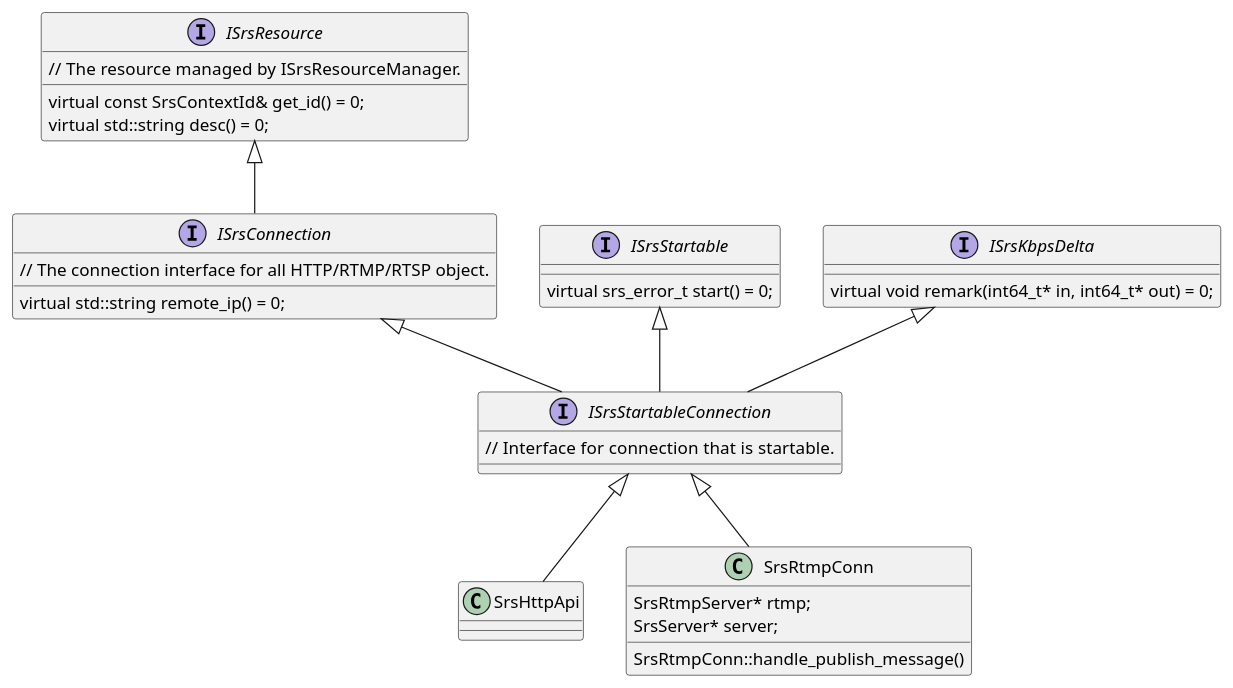
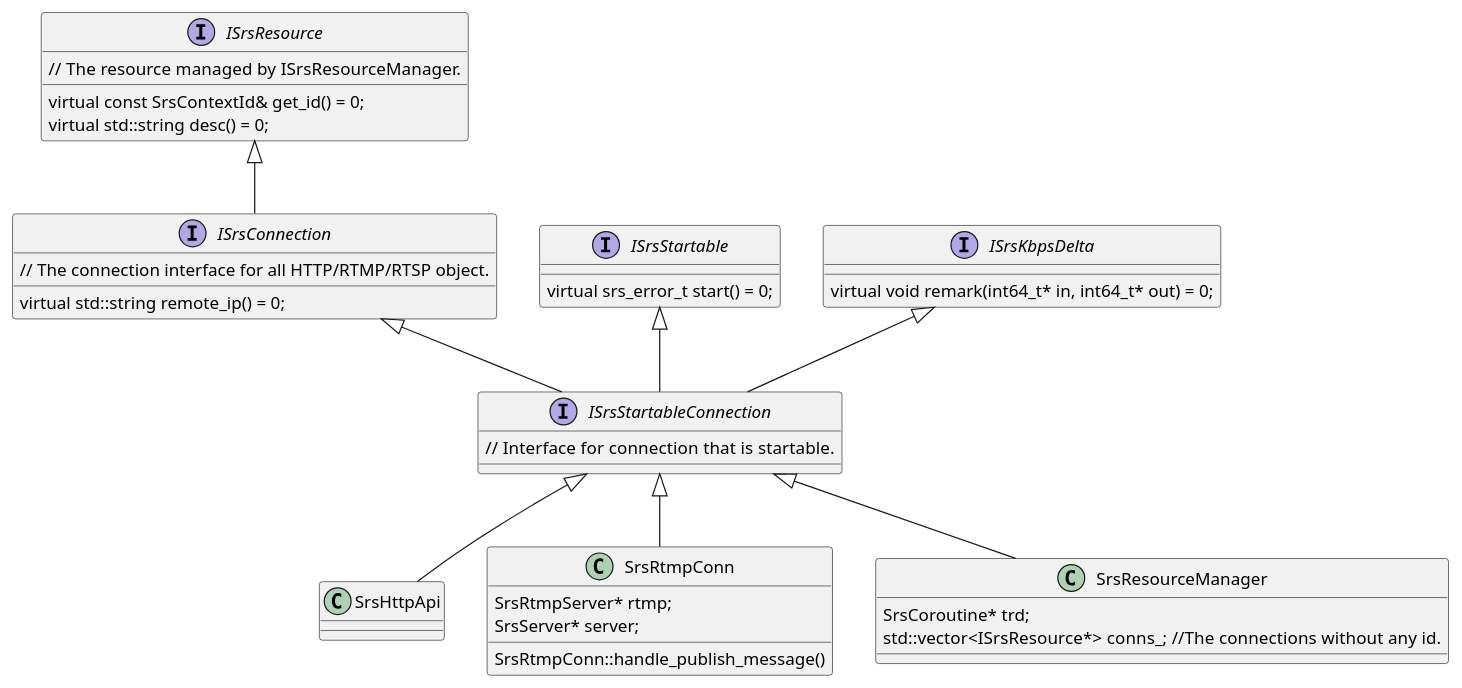
One commit to hz-fengpeng/doc changed the fourth of 8 diagrams in srs/srs_struct.md. Above: the diagram before and after it, drawn with PlantUML. The commit also changed other lines of this file and 1 other file, not shown here.

````diff
--- a/srs/srs_struct.md
+++ b/srs/srs_struct.md
@@ -207,56 +237,64 @@
 ``` plantuml
 
 ISrsStartableConnection <|-- SrsHttpApi
 ISrsStartableConnection <|-- SrsRtmpConn
+ISrsStartableConnection <|-- SrsResourceManager
+
 ISrsResource <|-- ISrsConnection
 ISrsConnection <|-- ISrsStartableConnection
 ISrsStartable <|-- ISrsStartableConnection
 ISrsKbpsDelta <|-- ISrsStartableConnection
 
 interface ISrsResource
 {
     // The resource managed by ISrsResourceManager.
 
     virtual const SrsContextId& get_id() = 0;
     virtual std::string desc() = 0;
 
 
+}
+
+class SrsResourceManager
+{
+    SrsCoroutine* trd;
+    std::vector<ISrsResource*> conns_;  //The connections without any id.
 }
 
 interface ISrsConnection
 {
     // The connection interface for all HTTP/RTMP/RTSP object.
     virtual std::string remote_ip() = 0;
 }
 
 interface ISrsStartable
 {
     virtual srs_error_t start() = 0;
 }
 
 interface ISrsStartableConnection
 {
     //  Interface for connection that is startable.
 
 }
 
 interface ISrsKbpsDelta
 {
     virtual void remark(int64_t* in, int64_t* out) = 0;
 }
 
 class SrsRtmpConn
 {
     SrsRtmpServer* rtmp;
     SrsServer* server;
 
     SrsRtmpConn::handle_publish_message()
 
 }
 
 class SrsHttpApi
 {
 
 }
 
 ```
````
